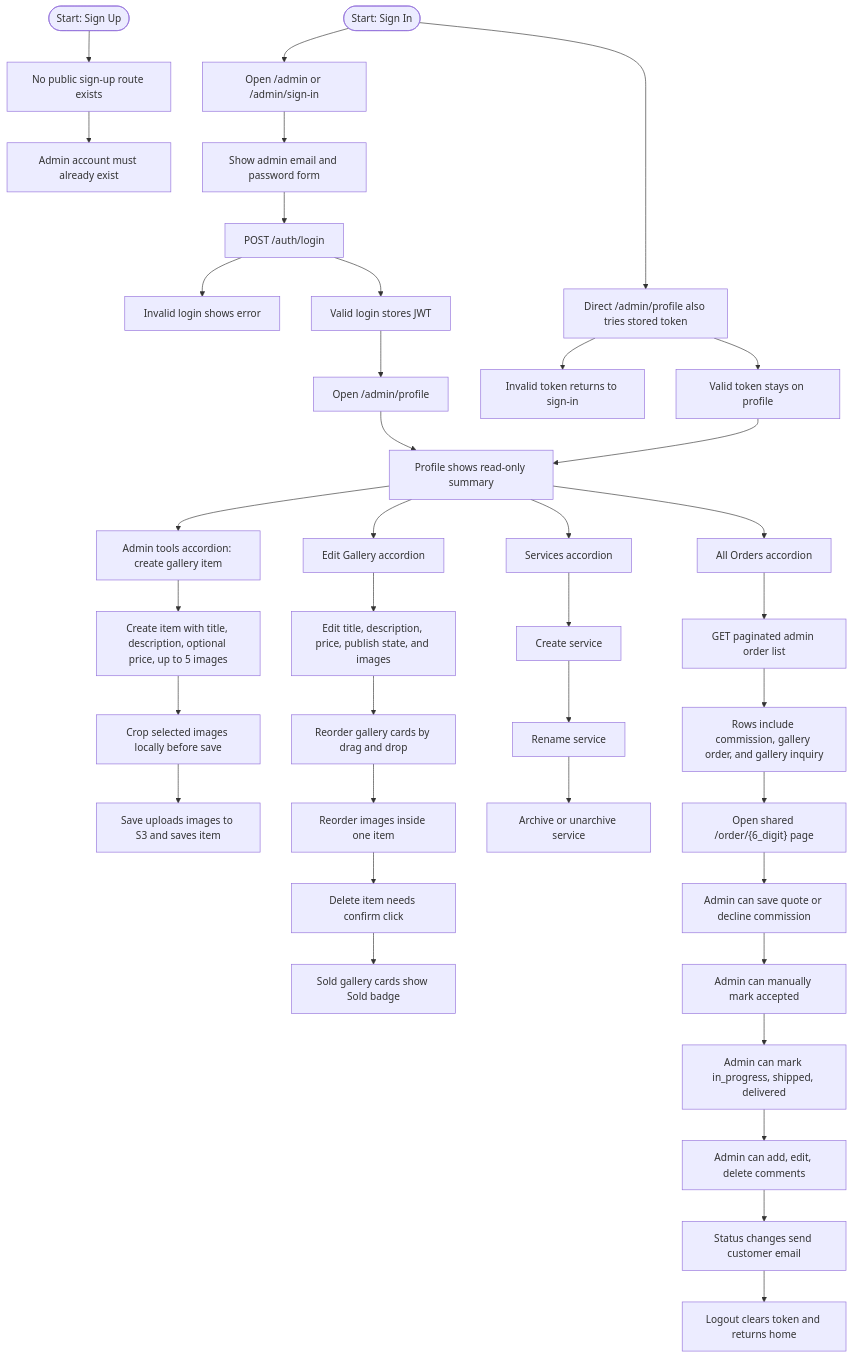
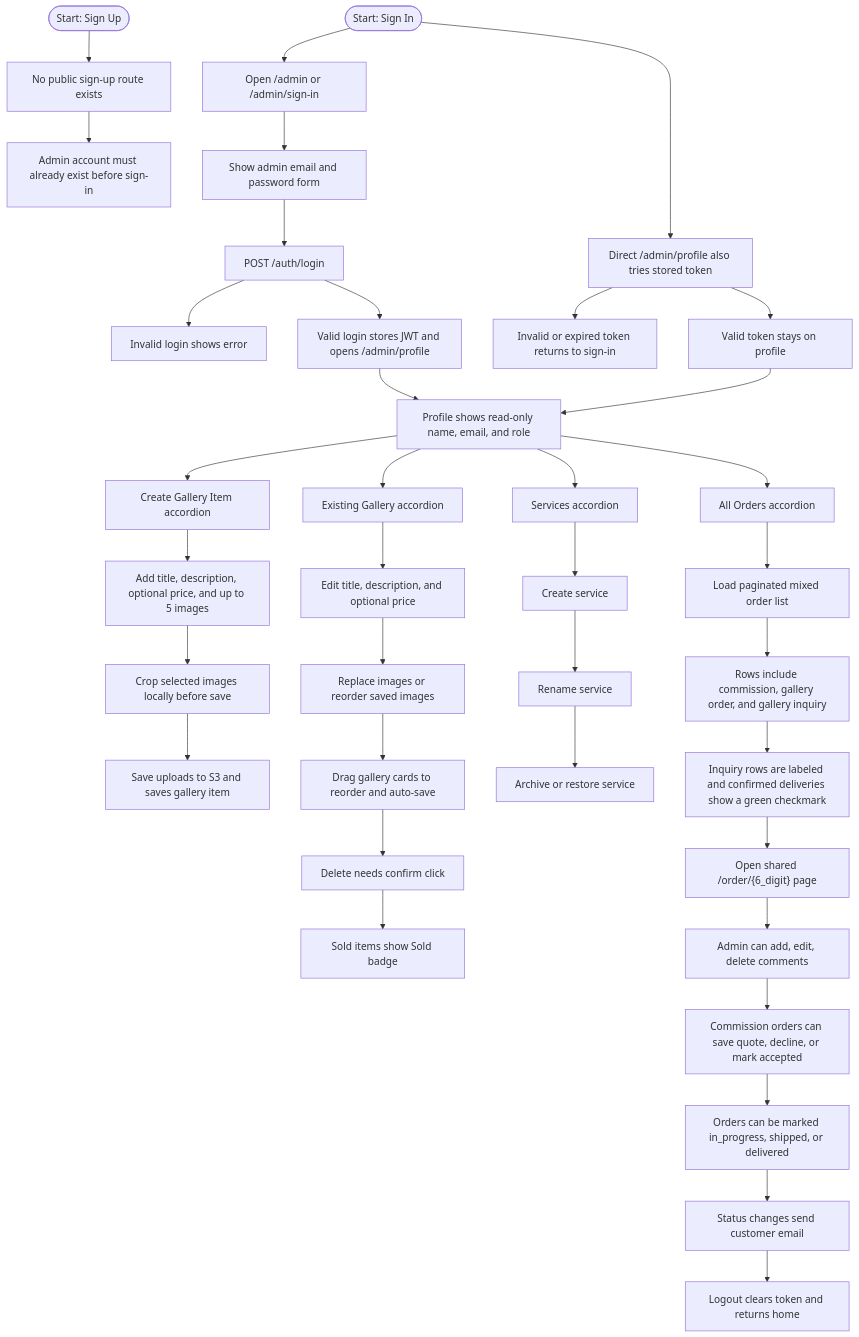
The first of 3 diagrams in 0_KC/flowchart.md (david-lytikainen/SAS), drawn with Mermaid before and after one commit. The commit also changed other lines of this file and 3 other files, not shown here.

Commit message:
Refresh KC flowchart docs

````diff
--- a/0_KC/flowchart.md
+++ b/0_KC/flowchart.md
@@ -3,59 +3,59 @@
 ```mermaid
 flowchart TB
   SU([Start: Sign Up])
   SU1["No public sign-up route exists"]
-  SU2["Admin account must already exist"]
+  SU2["Admin account must already exist before sign-in"]
 
   SI([Start: Sign In])
   SI1["Open /admin or /admin/sign-in"]
   SI2["Show admin email and password form"]
   SI3["POST /auth/login"]
   SI4["Invalid login shows error"]
-  SI5["Valid login stores JWT"]
-  SI6["Open /admin/profile"]
-  SI7["Direct /admin/profile also tries stored token"]
-  SI8["Invalid token returns to sign-in"]
-  SI9["Valid token stays on profile"]
+  SI5["Valid login stores JWT and opens /admin/profile"]
+  SI6["Direct /admin/profile also tries stored token"]
+  SI7["Invalid or expired token returns to sign-in"]
+  SI8["Valid token stays on profile"]
 
-  P0["Profile shows read-only summary"]
-  P1["Admin tools accordion: create gallery item"]
-  P2["Create item with title, description, optional price, up to 5 images"]
-  P3["Crop selected images locally before save"]
-  P4["Save uploads images to S3 and saves item"]
+  P0["Profile shows read-only name, email, and role"]
 
-  E0["Edit Gallery accordion"]
-  E1["Edit title, description, price, publish state, and images"]
-  E2["Reorder gallery cards by drag and drop"]
-  E3["Reorder images inside one item"]
-  E4["Delete item needs confirm click"]
-  E5["Sold gallery cards show Sold badge"]
+  G0["Create Gallery Item accordion"]
+  G1["Add title, description, optional price, and up to 5 images"]
+  G2["Crop selected images locally before save"]
+  G3["Save uploads to S3 and saves gallery item"]
+
+  E0["Existing Gallery accordion"]
+  E1["Edit title, description, and optional price"]
+  E2["Replace images or reorder saved images"]
+  E3["Drag gallery cards to reorder and auto-save"]
+  E4["Delete needs confirm click"]
+  E5["Sold items show Sold badge"]
 
   C0["Services accordion"]
   C1["Create service"]
   C2["Rename service"]
-  C3["Archive or unarchive service"]
+  C3["Archive or restore service"]
 
   O0["All Orders accordion"]
-  O1["GET paginated admin order list"]
+  O1["Load paginated mixed order list"]
   O2["Rows include commission, gallery order, and gallery inquiry"]
-  O3["Open shared /order/{6_digit} page"]
-  O4["Admin can save quote or decline commission"]
-  O5["Admin can manually mark accepted"]
-  O6["Admin can mark in_progress, shipped, delivered"]
-  O7["Admin can add, edit, delete comments"]
+  O3["Inquiry rows are labeled and confirmed deliveries show a green checkmark"]
+  O4["Open shared /order/{6_digit} page"]
+  O5["Admin can add, edit, delete comments"]
+  O6["Commission orders can save quote, decline, or mark accepted"]
+  O7["Orders can be marked in_progress, shipped, or delivered"]
   O8["Status changes send customer email"]
   O9["Logout clears token and returns home"]
 
   SU --> SU1 --> SU2
   SI --> SI1 --> SI2 --> SI3
   SI3 --> SI4
-  SI3 --> SI5 --> SI6 --> P0
-  SI --> SI7
-  SI7 --> SI8
-  SI7 --> SI9 --> P0
+  SI3 --> SI5 --> P0
+  SI --> SI6
+  SI6 --> SI7
+  SI6 --> SI8 --> P0
 
-  P0 --> P1 --> P2 --> P3 --> P4
+  P0 --> G0 --> G1 --> G2 --> G3
   P0 --> E0 --> E1 --> E2 --> E3 --> E4 --> E5
   P0 --> C0 --> C1 --> C2 --> C3
   P0 --> O0 --> O1 --> O2 --> O3 --> O4 --> O5 --> O6 --> O7 --> O8 --> O9
 ```
````
